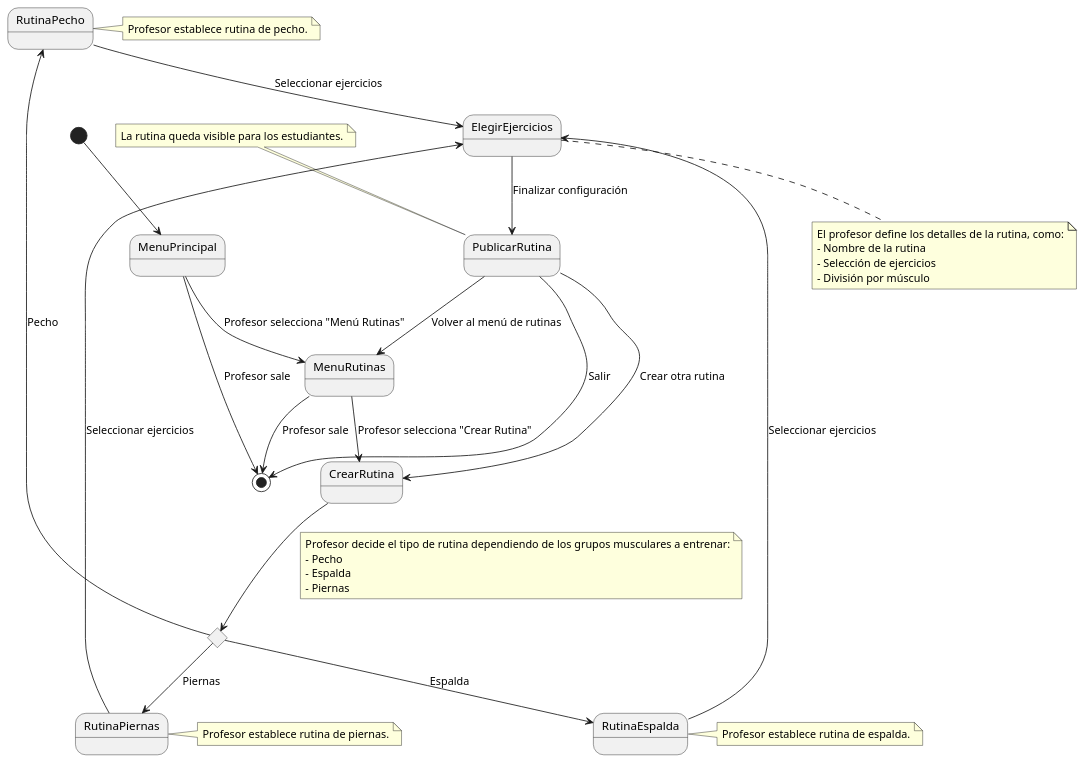
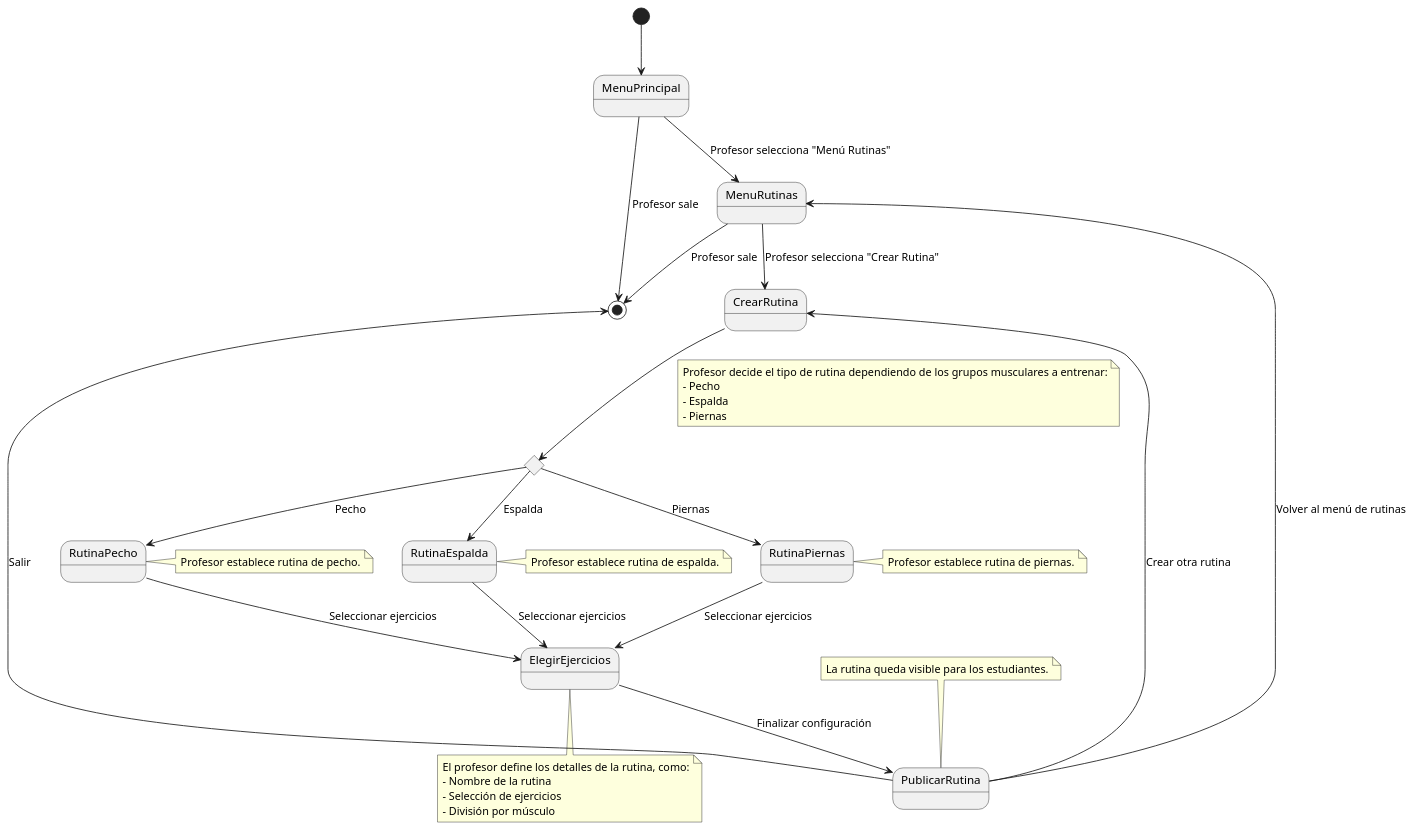
One commit to mmasias/24-25-IdSw1-SDR changed the diagram in Documentos/DetallarCasosDeUso/CrearRutinas.puml. Above: the diagram before and after it, drawn with PlantUML.

Commit message:
Cambio en el gráfico

```diff
--- a/Documentos/DetallarCasosDeUso/CrearRutinas.puml
+++ b/Documentos/DetallarCasosDeUso/CrearRutinas.puml
@@ -1,56 +1,56 @@
 @startuml
 
 [*] --> MenuPrincipal
 
-MenuPrincipal --> MenuRutinas : Profesor selecciona "Menú Rutinas"
+MenuPrincipal -d-> MenuRutinas : Profesor selecciona "Menú Rutinas"
 MenuPrincipal --> [*] : Profesor sale
 
-MenuRutinas --> CrearRutina : Profesor selecciona "Crear Rutina"
-MenuRutinas --> [*] : Profesor sale
+MenuRutinas -d-> CrearRutina : Profesor selecciona "Crear Rutina"
+MenuRutinas -d-> [*] : Profesor sale
 
 state TipoDeRutina <<choice>>
-CrearRutina --> TipoDeRutina
+CrearRutina -d-> TipoDeRutina
 note on link
     Profesor decide el tipo de rutina dependiendo de los grupos musculares a entrenar:
     - Pecho
     - Espalda
     - Piernas
 end note
 
-TipoDeRutina --> RutinaPecho : Pecho
+TipoDeRutina -d-> RutinaPecho : Pecho
 note right of RutinaPecho
     Profesor establece rutina de pecho.
 end note
 
-TipoDeRutina --> RutinaEspalda : Espalda
+TipoDeRutina -d-> RutinaEspalda : Espalda
 note right of RutinaEspalda
     Profesor establece rutina de espalda.
 end note
 
-TipoDeRutina --> RutinaPiernas : Piernas
+TipoDeRutina -d-> RutinaPiernas : Piernas
 note right of RutinaPiernas
     Profesor establece rutina de piernas.
 end note
 
 RutinaPecho --> ElegirEjercicios : Seleccionar ejercicios
 RutinaEspalda --> ElegirEjercicios : Seleccionar ejercicios
 RutinaPiernas --> ElegirEjercicios : Seleccionar ejercicios
 
 note bottom of ElegirEjercicios
     El profesor define los detalles de la rutina, como:
     - Nombre de la rutina
     - Selección de ejercicios
     - División por músculo
 end note
 
-ElegirEjercicios --> PublicarRutina : Finalizar configuración
+ElegirEjercicios -d-> PublicarRutina : Finalizar configuración
 
 note top of PublicarRutina
     La rutina queda visible para los estudiantes.
 end note
 
-PublicarRutina --> CrearRutina : Crear otra rutina
-PublicarRutina --> MenuRutinas : Volver al menú de rutinas
-PublicarRutina --> [*] : Salir
+PublicarRutina -u-> CrearRutina : Crear otra rutina
+PublicarRutina -u-> MenuRutinas : Volver al menú de rutinas
+PublicarRutina -u-> [*] : Salir
 
 @enduml
```
